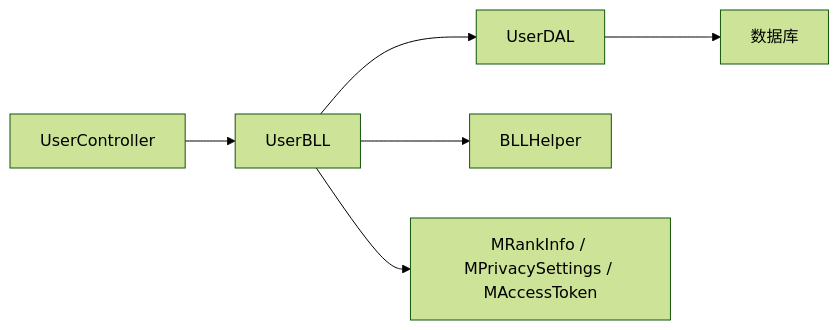
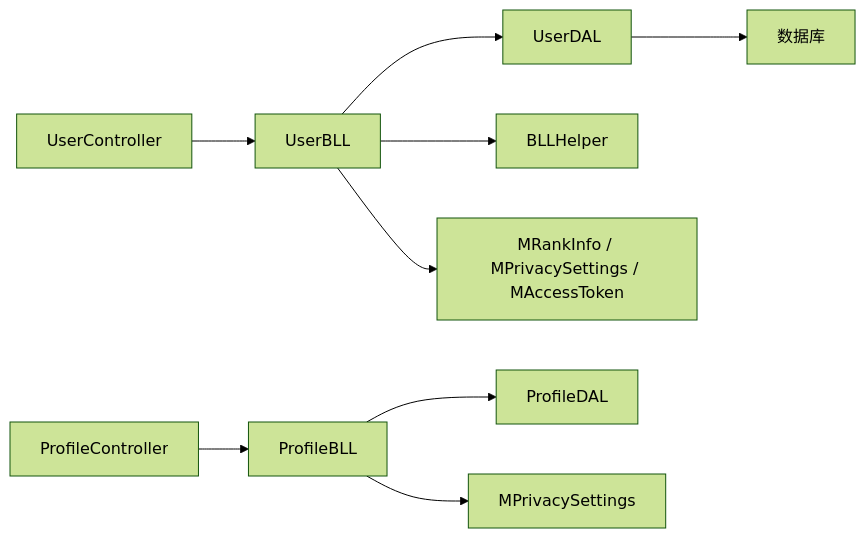
The fifth of 5 diagrams in .qoder/repowiki/zh/content/后端 API 服务/用户管理模块/用户信息管理.md (TinyMaD/SpeedRunnersLab), drawn with Mermaid (forest theme) before and after one commit. The commit also changed other lines of this file and 29 other files, not shown here.

````diff
--- a/.qoder/repowiki/zh/content/后端 API 服务/用户管理模块/用户信息管理.md
+++ b/.qoder/repowiki/zh/content/后端 API 服务/用户管理模块/用户信息管理.md
@@ -245,8 +292,11 @@
 ```mermaid
 graph LR
 Controller["UserController"] --> BLL["UserBLL"]
 BLL --> DAL["UserDAL"]
 BLL --> Helper["BLLHelper"]
 DAL --> DB["数据库"]
 BLL --> Models["MRankInfo / MPrivacySettings / MAccessToken"]
+ProfileCtrl["ProfileController"] --> ProfileBLL["ProfileBLL"]
+ProfileBLL --> ProfileDAL["ProfileDAL"]
+ProfileBLL --> PrivacySettings["MPrivacySettings"]
 ```
````
